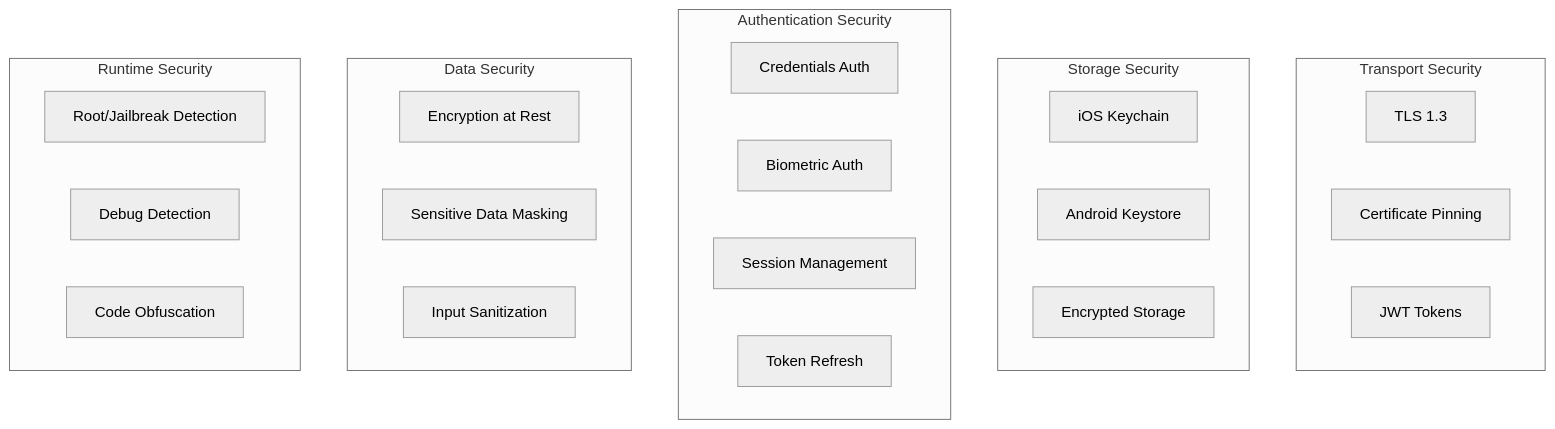
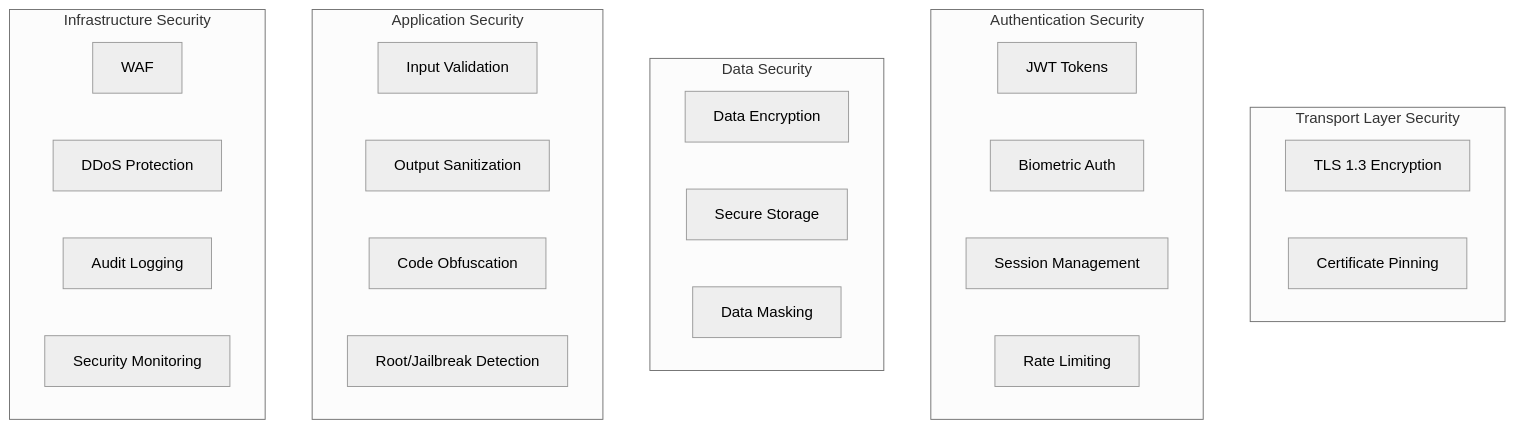
The seventh of 9 diagrams in docs/system-design.md (vovkins/agents-react-native-experiment), drawn with Mermaid (neutral theme) before and after one commit. The commit also changed other lines of this file, not shown here.

````diff
--- a/docs/system-design.md
+++ b/docs/system-design.md
@@ -787,33 +1838,34 @@
 ```mermaid
 graph TB
-    subgraph "Transport Security"
-        TLS[TLS 1.3]
-        CP[Certificate Pinning]
-        JWT[JWT Tokens]
-    end
-    
-    subgraph "Storage Security"
-        KC[iOS Keychain]
-        KS[Android Keystore]
-        ES[Encrypted Storage]
+    subgraph "Transport Layer Security"
+        TLS13[TLS 1.3 Encryption]
+        CertPin[Certificate Pinning]
     end
     
     subgraph "Authentication Security"
-        Cred[Credentials Auth]
-        Bio[Biometric Auth]
+        JWT[JWT Tokens]
+        Biometric[Biometric Auth]
         Session[Session Management]
-        Refresh[Token Refresh]
+        RateLimit[Rate Limiting]
     end
     
     subgraph "Data Security"
-        Enc[Encryption at Rest]
-        Mask[Sensitive Data Masking]
-        Sanitize[Input Sanitization]
+        Encrypt[Data Encryption]
+        Keychain[Secure Storage]
+        Mask[Data Masking]
     end
     
-    subgraph "Runtime Security"
-        Root[Root/Jailbreak Detection]
-        Debug[Debug Detection]
+    subgraph "Application Security"
+        Input[Input Validation]
+        Sanitize[Output Sanitization]
         Obfuscate[Code Obfuscation]
+        RootDetect[Root/Jailbreak Detection]
+    end
+    
+    subgraph "Infrastructure Security"
+        Firewall[WAF]
+        DDOS[DDoS Protection]
+        Audit[Audit Logging]
+        Monitor[Security Monitoring]
     end
 ```
````
